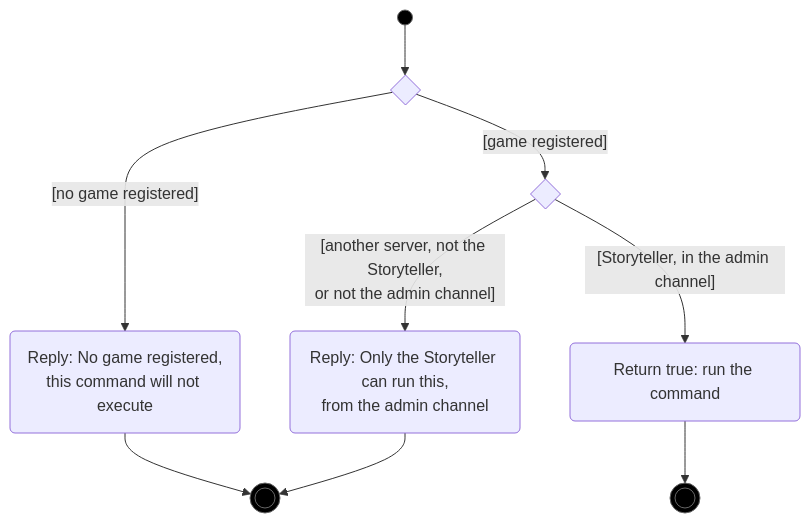
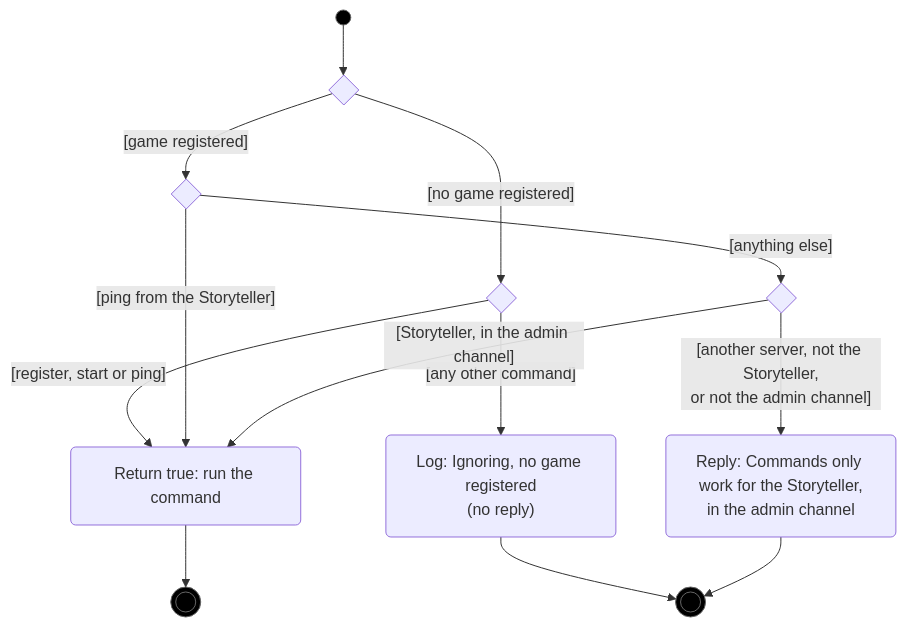
Before and after one commit to RAGNOARAKNOS/BotOnTheClocktower: the third of 3 diagrams in docs/uml/command-dispatch.md, drawn with Mermaid. The commit also changed other lines of this file and 18 other files, not shown here.

First line of the commit message:
Update command access rules and behaviour for game commands

````diff
--- a/docs/uml/command-dispatch.md
+++ b/docs/uml/command-dispatch.md
@@ -82,14 +91,18 @@
 ```mermaid
 flowchart TD
     start((" ")):::initial --> d1{" "}
-    d1 -->|"[no game registered]"| r1("Reply: No game registered,<br/>this command will not execute")
-    d1 -->|"[game registered]"| d2{" "}
-    d2 -->|"[another server, not the Storyteller,<br/>or not the admin channel]"| r2("Reply: Only the Storyteller can run this,<br/>from the admin channel")
-    d2 -->|"[Storyteller, in the admin channel]"| ok("Return true: run the command")
+    d1 -->|"[no game registered]"| d2{" "}
+    d2 -->|"[register, start or ping]"| ok("Return true: run the command")
+    d2 -->|"[any other command]"| r1("Log: Ignoring, no game registered<br/>(no reply)")
+    d1 -->|"[game registered]"| dping{" "}
+    dping -->|"[ping from the Storyteller]"| ok
+    dping -->|"[anything else]"| d3{" "}
+    d3 -->|"[another server, not the Storyteller,<br/>or not the admin channel]"| r2("Reply: Commands only work for the Storyteller,<br/>in the admin channel")
+    d3 -->|"[Storyteller, in the admin channel]"| ok
     r1 --> refused(((" "))):::final
     r2 --> refused
     ok --> allowed(((" "))):::final
 
     classDef initial fill:#000,stroke:#666
     classDef final fill:#000,stroke:#666
 ```
````
